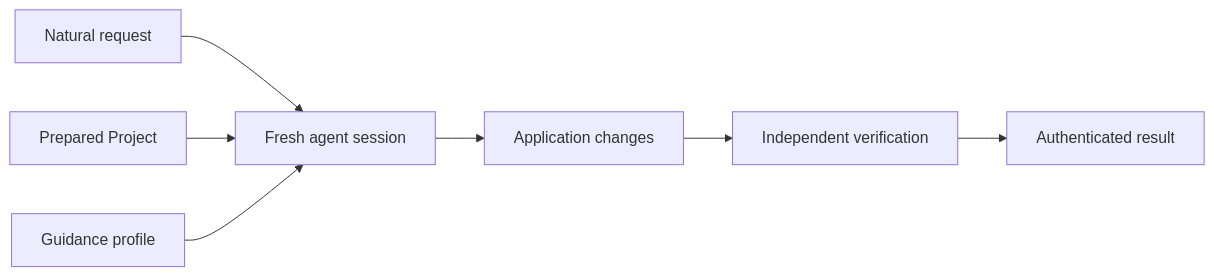
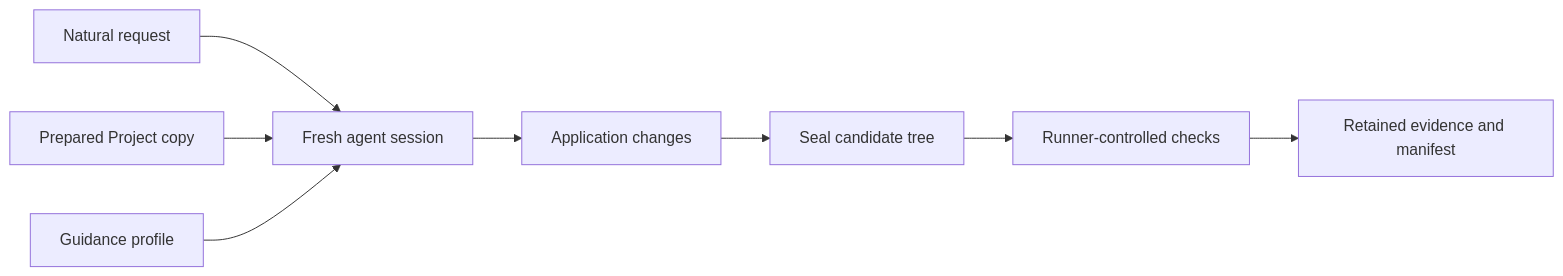
Before and after one commit to goforj/docs: the diagram in docs/developer-tools/atlas-evaluations.md, drawn with Mermaid. The commit also changed other lines of this file, not shown here.

Commit message:
docs: strengthen Atlas evaluation evidence

````diff
--- a/docs/developer-tools/atlas-evaluations.md
+++ b/docs/developer-tools/atlas-evaluations.md
@@ -40,9 +67,12 @@
 ```mermaid
 flowchart LR
+    accTitle: Atlas evaluation flow
+    accDescr: A natural request, prepared Project, and guidance profile enter a fresh agent session. The resulting candidate tree is sealed before runner-controlled checks produce retained evidence and a manifest.
     A[Natural request] --> D[Fresh agent session]
-    B[Prepared Project] --> D
+    B[Prepared Project copy] --> D
     C[Guidance profile] --> D
     D --> E[Application changes]
-    E --> F[Independent verification]
-    F --> G[Authenticated result]
+    E --> F[Seal candidate tree]
+    F --> G[Runner-controlled checks]
+    G --> H[Retained evidence and manifest]
 ```
````
